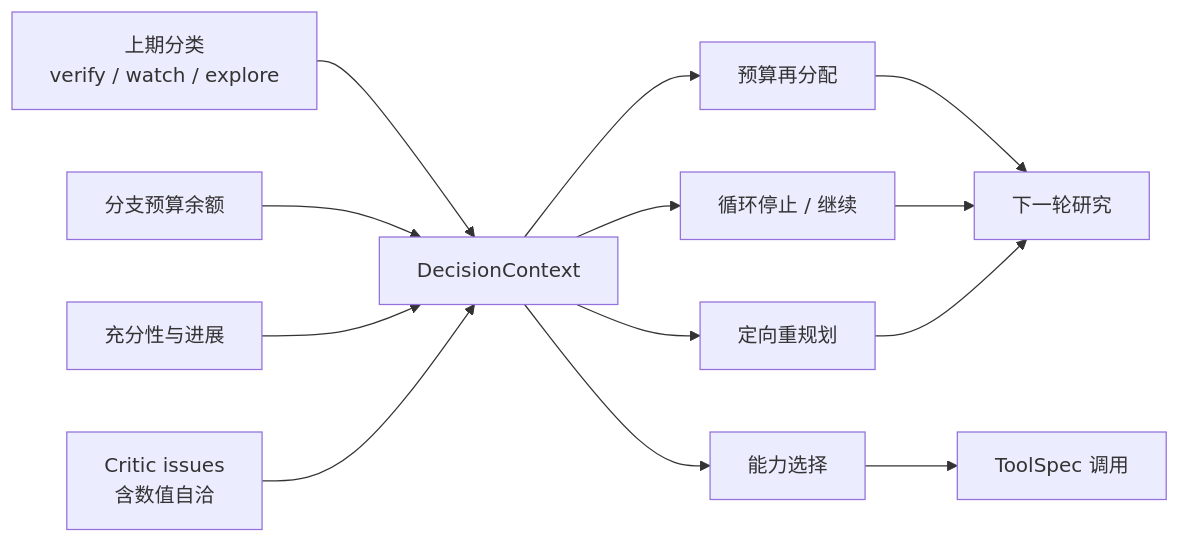
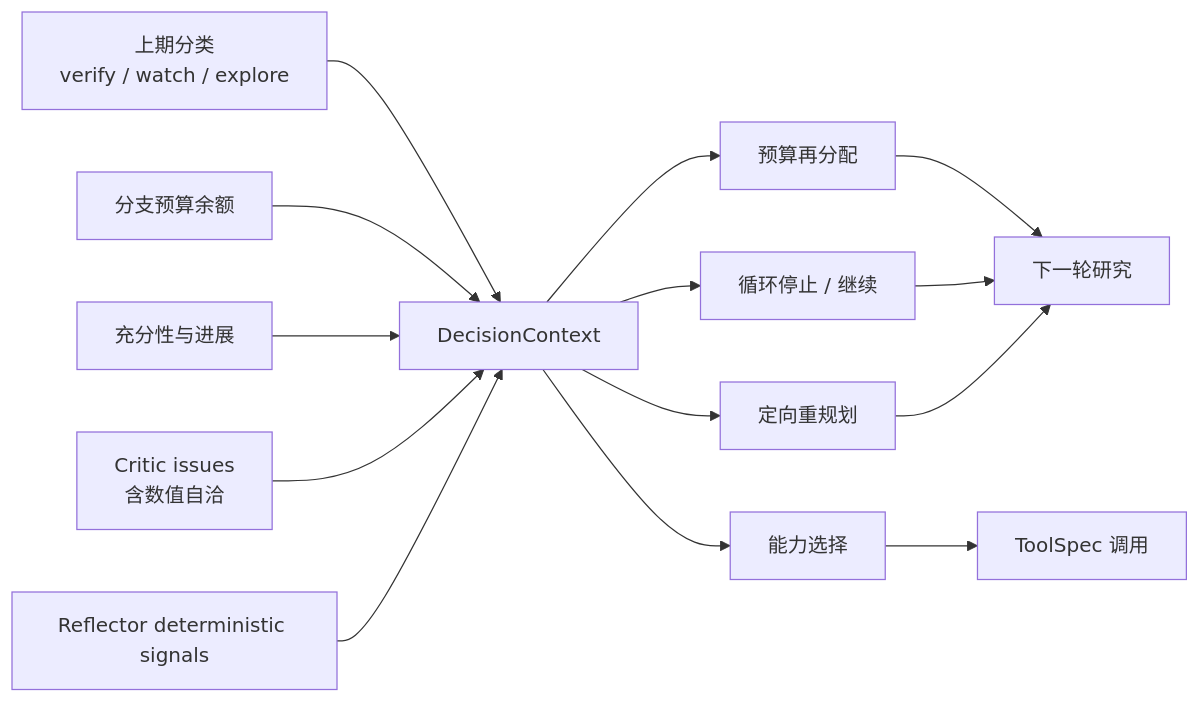
One commit to linqiaoyu/DeepResearchAgent changed the diagram in docs/agent_decisions.md. Above: the diagram before and after it, drawn with Mermaid. The commit also changed other lines of this file and 6 other files, not shown here.

````diff
--- a/docs/agent_decisions.md
+++ b/docs/agent_decisions.md
@@ -15,15 +16,16 @@
 ```mermaid
 flowchart LR
     P["上期分类<br/>verify / watch / explore"] --> DC["DecisionContext"]
     B["分支预算余额"] --> DC
     S["充分性与进展"] --> DC
     C["Critic issues<br/>含数值自洽"] --> DC
+    RF["Reflector deterministic signals"] --> DC
     DC --> A["预算再分配"]
     DC --> L["循环停止 / 继续"]
     DC --> R["定向重规划"]
     DC --> Q["能力选择"]
     Q --> T["ToolSpec 调用"]
     A --> N["下一轮研究"]
     L --> N
     R --> N
 ```
````
